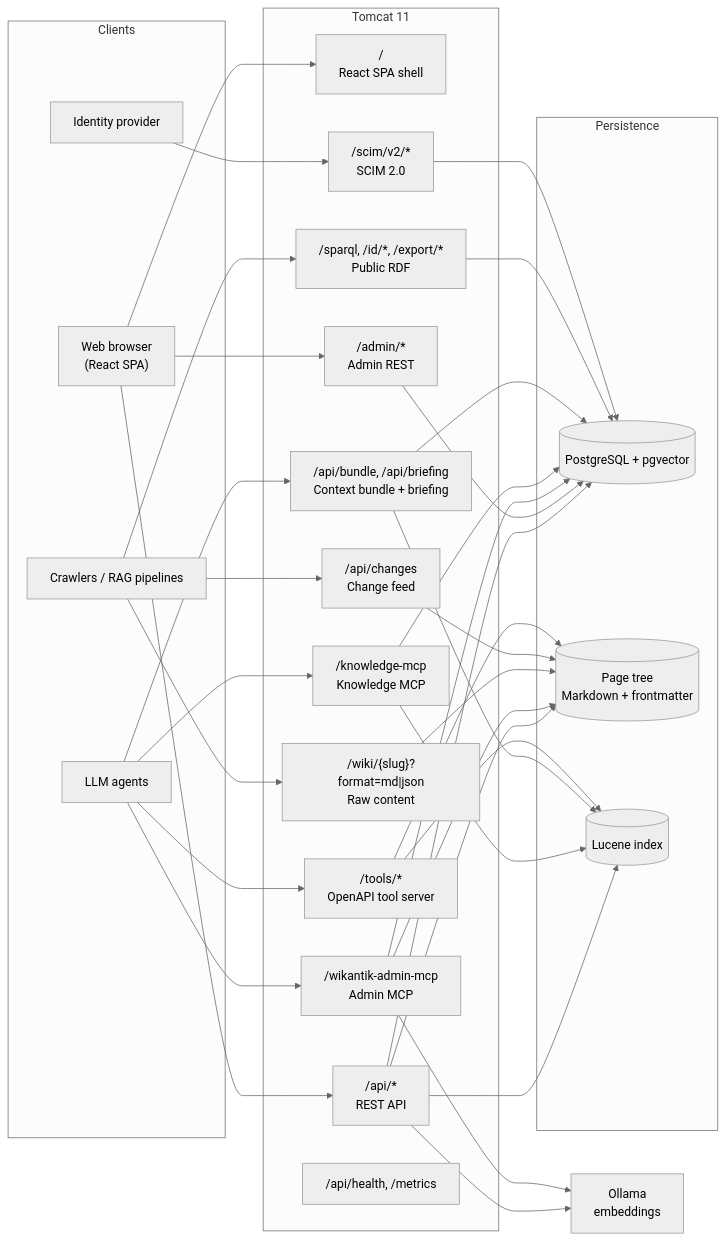
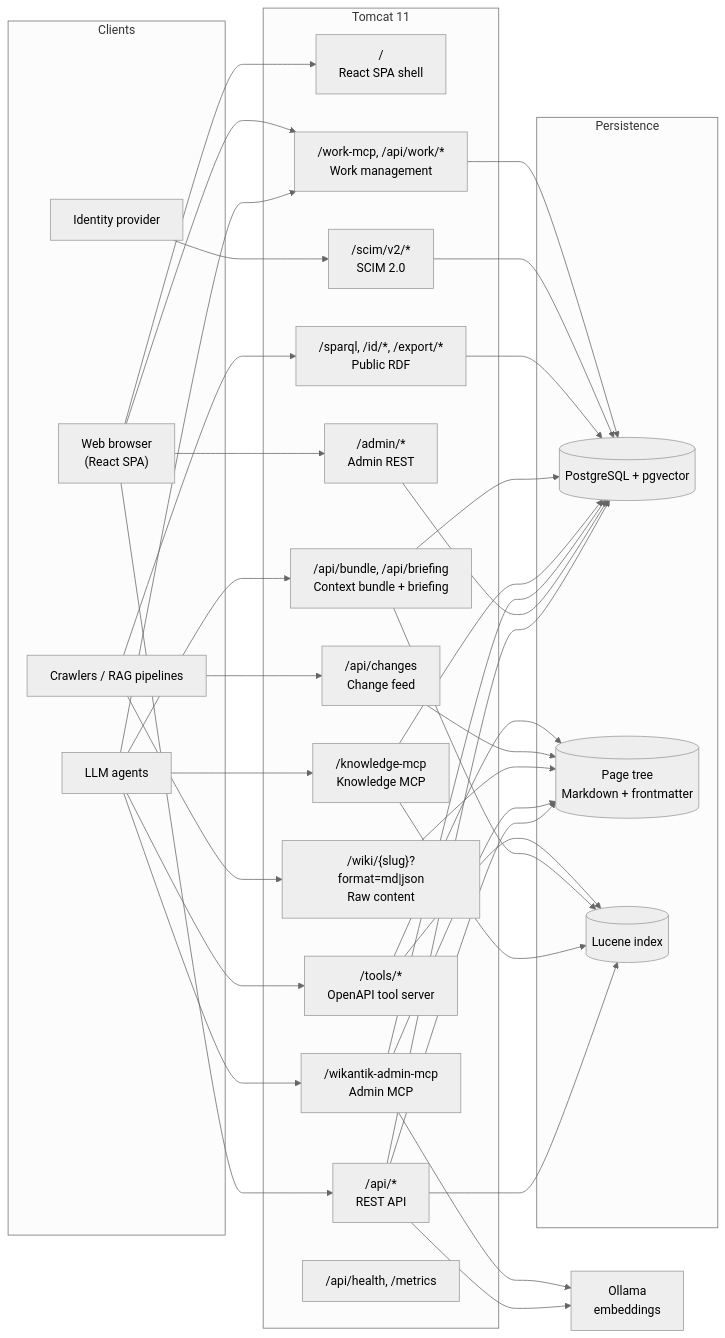
The diagram in README.md (jakefearsd/wikantik), drawn with Mermaid (neutral theme) before and after one commit. The commit also changed other lines of this file and 7 other files, not shown here.

First line of the commit message:
docs: bring README, ROADMAP, SECURITY and the docs index up to 2.8.3

````diff
--- a/README.md
+++ b/README.md
@@ -59,64 +70,68 @@
 ```mermaid
 flowchart LR
     subgraph clients [Clients]
         Browser["Web browser<br/>(React SPA)"]
         Agent["LLM agents"]
         Crawler["Crawlers / RAG pipelines"]
         IdP["Identity provider"]
     end
 
     subgraph tomcat [Tomcat 11]
         SPA["/<br/>React SPA shell"]
         REST["/api/*<br/>REST API"]
         Admin["/admin/*<br/>Admin REST"]
         Raw["/wiki/{slug}?format=md|json<br/>Raw content"]
         Changes["/api/changes<br/>Change feed"]
         Bundle["/api/bundle, /api/briefing<br/>Context bundle + briefing"]
         AdminMCP["/wikantik-admin-mcp<br/>Admin MCP"]
         KnowMCP["/knowledge-mcp<br/>Knowledge MCP"]
+        WorkMCP["/work-mcp, /api/work/*<br/>Work management"]
         Tools["/tools/*<br/>OpenAPI tool server"]
         RDF["/sparql, /id/*, /export/*<br/>Public RDF"]
         Scim["/scim/v2/*<br/>SCIM 2.0"]
         Health["/api/health, /metrics"]
     end
 
     subgraph data [Persistence]
         PG[("PostgreSQL + pgvector")]
         Pages[("Page tree<br/>Markdown + frontmatter")]
         Lucene[("Lucene index")]
     end
 
     Ollama["Ollama<br/>embeddings"]
 
     Browser --> SPA
     Browser --> REST
     Browser --> Admin
     Crawler --> Raw
     Crawler --> Changes
     Crawler --> RDF
     Agent --> AdminMCP
     Agent --> KnowMCP
     Agent --> Tools
+    Agent --> WorkMCP
+    Browser --> WorkMCP
     Agent --> Bundle
     IdP --> Scim
 
     REST --> PG
     REST --> Pages
     REST --> Lucene
     Admin --> PG
     AdminMCP --> PG
     AdminMCP --> Pages
     KnowMCP --> PG
     KnowMCP --> Lucene
     Bundle --> PG
     Bundle --> Lucene
     RDF --> PG
     Raw --> Pages
     Changes --> Pages
     Tools --> Pages
     Tools --> Lucene
     Scim --> PG
+    WorkMCP --> PG
 
     REST --> Ollama
     AdminMCP --> Ollama
 ```
````
